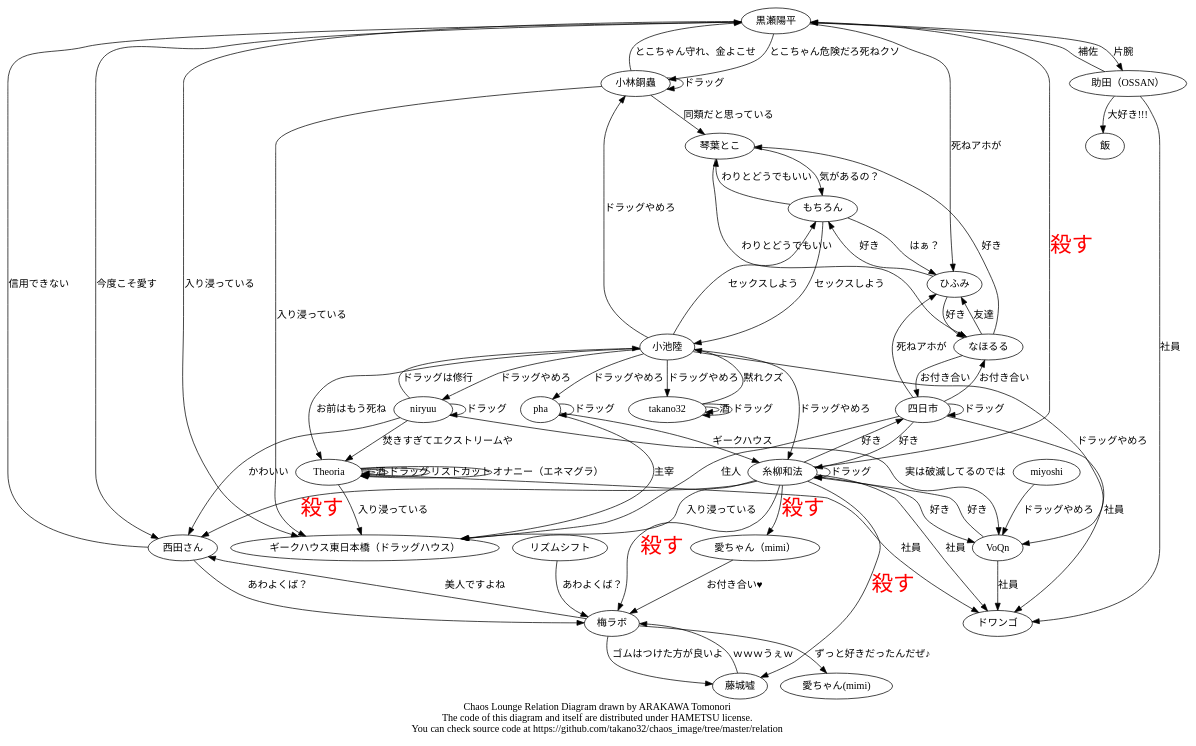
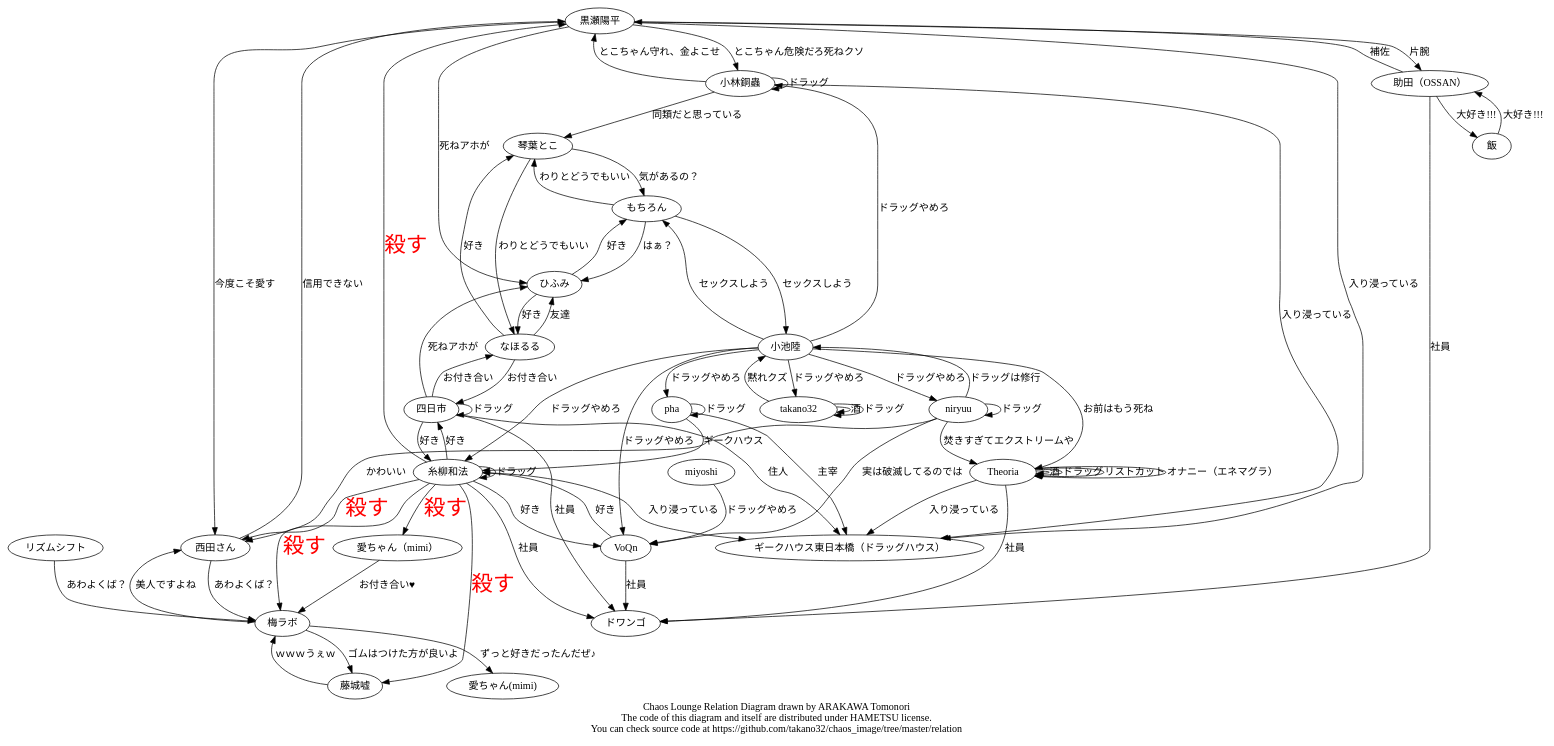
The diagram in relation/chaos.dot (hametsu/chaos_image), drawn with Graphviz before and after one commit.

Commit message:
OSSAN MESHI DAISUK

```diff
--- a/relation/chaos.dot
+++ b/relation/chaos.dot
@@ -1,84 +1,85 @@
 digraph Chaos {
   Theoria   -> Theoria  [label = "酒"];
   Theoria   -> Theoria  [label = "ドラッグ"];
   Theoria   -> Theoria  [label = "リストカット"];
   Theoria   -> Theoria  [label = "オナニー（エネマグラ）"];
   梅ラボ    -> 藤城嘘   [label = "ゴムはつけた方が良いよ"];
   梅ラボ    -> 西田さん [label = "美人ですよね"];
   梅ラボ -> "愛ちゃん(mimi)" [label = "ずっと好きだったんだぜ♪"];
   藤城嘘   -> 梅ラボ   [label = "ｗｗｗうぇｗ"];
   西田さん -> 梅ラボ   [label = "あわよくば？"];
   リズムシフト -> 梅ラボ [label = "あわよくば？"];
   西田さん -> 黒瀬陽平 [label = "信用できない"];
   黒瀬陽平 -> 西田さん [label = "今度こそ愛す"];
   黒瀬陽平 -> 小林銅蟲 [label = "とこちゃん危険だろ死ねクソ"];
   黒瀬陽平 -> ひふみ [label = "死ねアホが"];
   黒瀬陽平 -> 助田（OSSAN） [label =  "片腕"];
   助田（OSSAN） -> 黒瀬陽平 [label = "補佐"];
   助田（OSSAN） -> 飯 [label = "大好き!!!"];
+  飯 -> 助田（OSSAN） [label = "大好き!!!"];
   愛ちゃん（mimi） -> 梅ラボ [label = "お付き合い♥"];
   糸柳和法 -> 梅ラボ  [label = "殺す", fontsize=30, fontcolor="red"];
   糸柳和法 -> 藤城嘘   [label = "殺す", fontsize=30, fontcolor="red"];
   糸柳和法 -> 黒瀬陽平 [label = "殺す", fontsize=30, fontcolor="red"];
   糸柳和法 -> 西田さん [label = "殺す", fontsize=30, fontcolor="red"];
   糸柳和法 -> 愛ちゃん（mimi） [label = "殺す", fontsize=30, fontcolor="red"];
   糸柳和法 -> 四日市 [label = "好き"];
   糸柳和法 -> VoQn [label = "好き"];
   糸柳和法 -> 糸柳和法 [label = "ドラッグ"];
   pha -> 糸柳和法 [label = "ギークハウス"];
   pha -> pha [label = "ドラッグ"];
   小池陸 -> 糸柳和法 [label = "ドラッグやめろ"];
   小池陸 -> takano32 [label = "ドラッグやめろ"];
   小池陸 -> 小林銅蟲 [label = "ドラッグやめろ"];
   小池陸 -> VoQn [label = "ドラッグやめろ"];
   小池陸 -> もちろん [label = "セックスしよう"];
   小池陸 -> niryuu [label = "ドラッグやめろ"];
   小池陸 -> pha [label = "ドラッグやめろ"];
   小池陸 -> Theoria [label = "お前はもう死ね"];
   もちろん -> 小池陸 [label = "セックスしよう"];
   もちろん -> 琴葉とこ [label = "わりとどうでもいい"];
   もちろん -> ひふみ [label = "はぁ？"];
   miyoshi -> VoQn [label = "ドラッグやめろ"];
   小林銅蟲 -> 黒瀬陽平 [label = "とこちゃん守れ、金よこせ"];
   小林銅蟲 -> 琴葉とこ [label = "同類だと思っている"];
   小林銅蟲 -> 小林銅蟲 [label = "ドラッグ"];
   takano32 -> 小池陸 [label = "黙れクズ"];
   takano32 -> takano32 [label = "酒"];
   takano32 -> takano32 [label = "ドラッグ"];
   なほるる -> 琴葉とこ [label = "好き"];
   なほるる -> 四日市 [label = "お付き合い"];
   なほるる -> ひふみ [label = "友達"];
   琴葉とこ -> なほるる [label = "わりとどうでもいい"];
   琴葉とこ -> もちろん [label = "気があるの？"];
   四日市 -> なほるる [label = "お付き合い"];
   四日市 -> 糸柳和法 [label = "好き"];
   四日市 -> 四日市 [label = "ドラッグ"];
   四日市 -> ひふみ [label = "死ねアホが"];
   ひふみ -> なほるる [label = "好き"];
   ひふみ -> もちろん [label = "好き"];
   VoQn -> 糸柳和法 [label = "好き"];
   niryuu -> 小池陸 [label = "ドラッグは修行"];
   niryuu -> niryuu [label = "ドラッグ"];
   niryuu -> Theoria [label = "焚きすぎてエクストリームや"];
   niryuu -> VoQn [label = "実は破滅してるのでは"];
   niryuu -> 西田さん [label = "かわいい"];
 
   糸柳和法 -> ギークハウス東日本橋（ドラッグハウス）[label = "入り浸っている"];
   黒瀬陽平 -> ギークハウス東日本橋（ドラッグハウス）[label = "入り浸っている"];
   Theoria -> ギークハウス東日本橋（ドラッグハウス）[label = "入り浸っている"];
   小林銅蟲 -> ギークハウス東日本橋（ドラッグハウス）[label = "入り浸っている"];
   pha -> ギークハウス東日本橋（ドラッグハウス）[label = "主宰"];
   四日市 -> ギークハウス東日本橋（ドラッグハウス） [label = "住人"];
 
   糸柳和法 -> ドワンゴ [label = "社員"];
   Theoria -> ドワンゴ [label = "社員"];
   VoQn -> ドワンゴ [label = "社員"];
   四日市 -> ドワンゴ [label = "社員"];
   助田（OSSAN） -> ドワンゴ [label = "社員"];
   subgraph cluster_hoge {
     style = filled;
     color = lightgrey;
     // see also http://graphviz.org/content/cluster
   }
   label = "Chaos Lounge Relation Diagram drawn by ARAKAWA Tomonori\nThe code of this diagram and itself are distributed under HAMETSU license.\nYou can check source code at https://github.com/takano32/chaos_image/tree/master/relation";
 }
```
